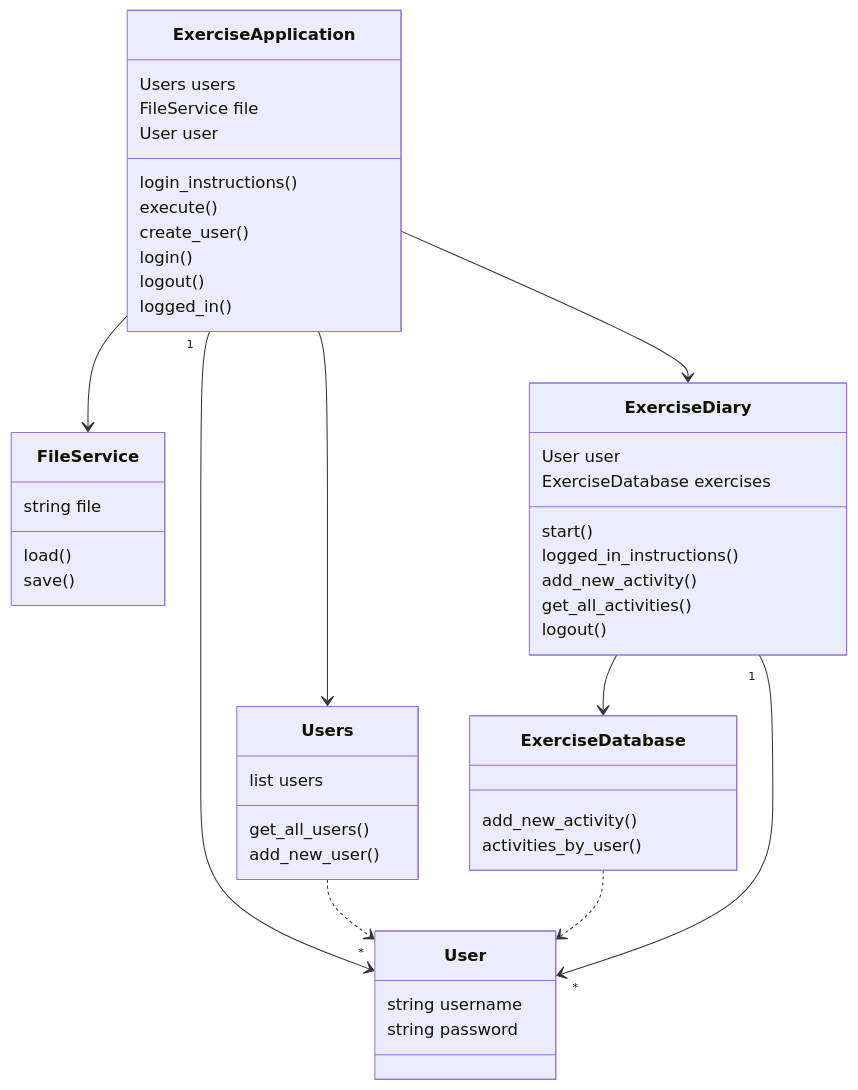
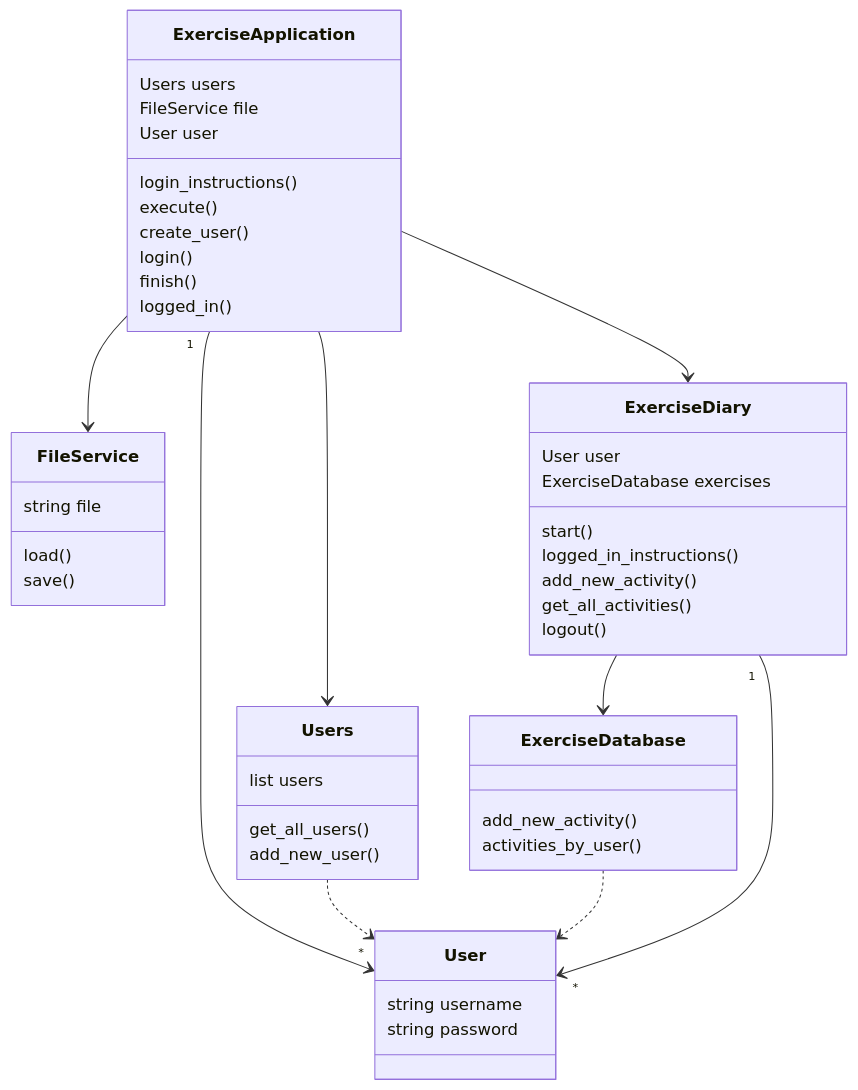
Before and after one commit to Kaabero/ot-harjoitustyo: the diagram in dokumentaatio/arkkitehtuuri.md, drawn with Mermaid. The commit also changed 6 other files, not shown here.

````diff
--- a/dokumentaatio/arkkitehtuuri.md
+++ b/dokumentaatio/arkkitehtuuri.md
@@ -3,55 +3,55 @@
 ```mermaid
  classDiagram
       ExerciseApplication --> FileService
       ExerciseApplication --> Users
       ExerciseApplication --> ExerciseDiary
       ExerciseApplication "1" --> "*" User
       Users ..> User
       ExerciseDatabase ..> User
       ExerciseDiary "1" --> "*" User
       ExerciseDiary --> ExerciseDatabase
       
       class ExerciseDiary {
         User user
         ExerciseDatabase exercises
         start()
         logged_in_instructions()
         add_new_activity()
         get_all_activities()
         logout()
       }
         
       class ExerciseApplication {
         Users users
         FileService file
         User user
         login_instructions()
         execute()
         create_user()
         login()
-        logout()
+        finish()
         logged_in()
 
       }
 
       class Users {
         list users
         get_all_users()
         add_new_user()
       }
 
       class User {
         string username
         string password
       }
       class FileService {
         string file
         load()
         save()
       }
       class ExerciseDatabase {
         add_new_activity()
         activities_by_user()
       }
      
 ```
````
